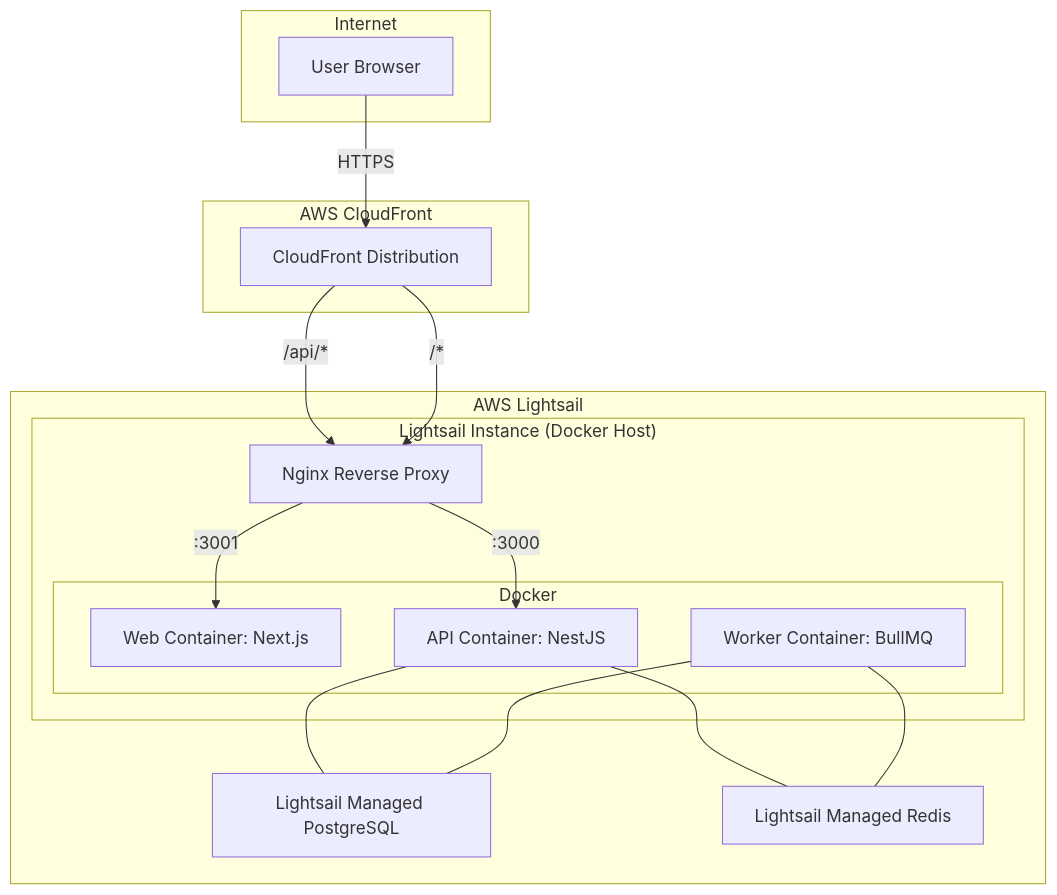
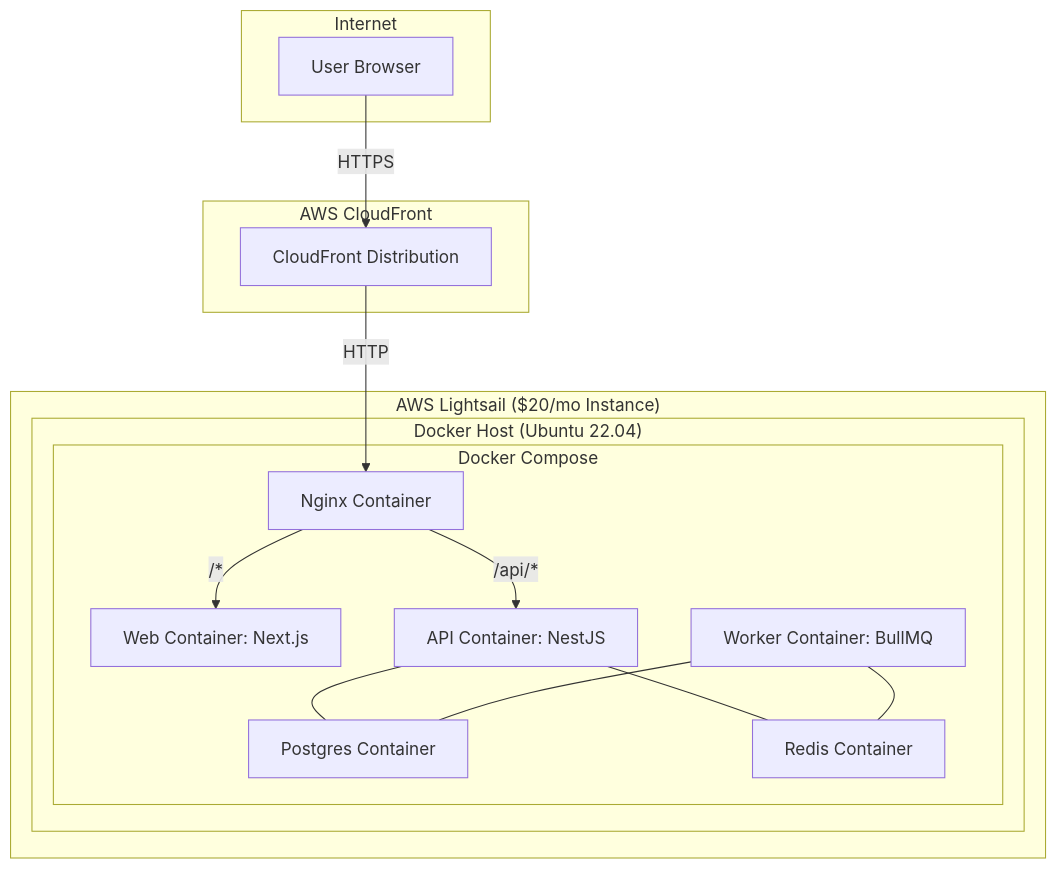
Before and after one commit to avickmukh/triage-insight: the diagram in DEPLOY.md, drawn with Mermaid. The commit also changed other lines of this file and 8 other files, not shown here.

First line of the commit message:
feat: rewrite infra for single-box $25/month Lightsail architecture

````diff
--- a/DEPLOY.md
+++ b/DEPLOY.md
@@ -19,33 +11,34 @@
 ```mermaid
 graph TD
     subgraph "Internet"
         User[User Browser]
     end
 
     subgraph "AWS CloudFront"
         CDN[CloudFront Distribution]
     end
 
-    subgraph "AWS Lightsail"
-        subgraph "Lightsail Instance (Docker Host)"
-            Nginx[Nginx Reverse Proxy]
-            subgraph Docker
+    subgraph "AWS Lightsail ($20/mo Instance)"
+        subgraph "Docker Host (Ubuntu 22.04)"
+            subgraph "Docker Compose"
+                Nginx[Nginx Container]
                 Web[Web Container: Next.js]
                 API[API Container: NestJS]
                 Worker[Worker Container: BullMQ]
+                Postgres[Postgres Container]
+                Redis[Redis Container]
             end
         end
-        Postgres[Lightsail Managed PostgreSQL]
-        Redis[Lightsail Managed Redis]
     end
 
     User -- HTTPS --> CDN
-    CDN -- /api/* --> Nginx
-    CDN -- /* --> Nginx
-    Nginx -- :3000 --> API
-    Nginx -- :3001 --> Web
+    CDN -- HTTP --> Nginx
+
+    Nginx -- /api/* --> API
+    Nginx -- /* --> Web
+
+    API --- Postgres
     API --- Redis
-    API --- Postgres
+    Worker --- Postgres
     Worker --- Redis
-    Worker --- Postgres
 ```
````
